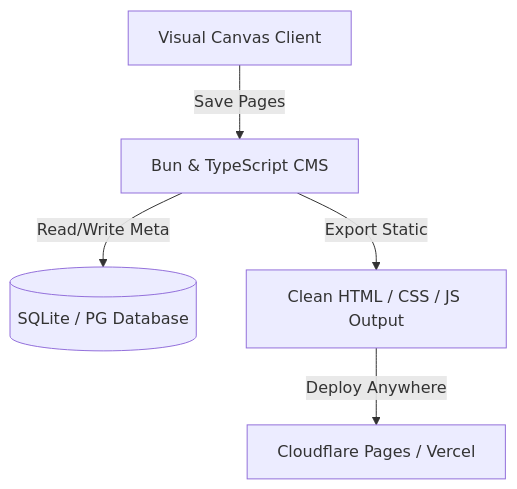
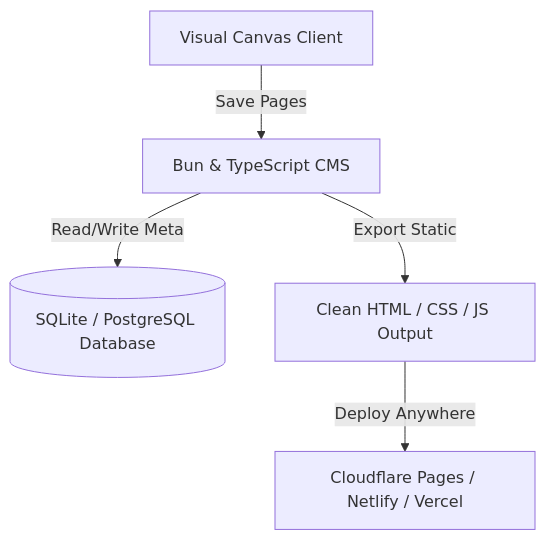
The diagram in src/content/news/instatic-open-source-release.md (jaswanthsai7/Nadhebe), drawn with Mermaid before and after one commit. The commit also changed other lines of this file and 32 other files, not shown here.

Commit message:
docs: resolve configuration schema warnings and perform comprehensive factual corrections across all articles

````diff
--- a/src/content/news/instatic-open-source-release.md
+++ b/src/content/news/instatic-open-source-release.md
@@ -37,7 +39,7 @@
 ```mermaid
 graph TD
     Client[Visual Canvas Client] -->|Save Pages| BunServer[Bun & TypeScript CMS]
-    BunServer -->|Read/Write Meta| SQLite[(SQLite / PG Database)]
+    BunServer -->|Read/Write Meta| SQLite[(SQLite / PostgreSQL Database)]
     BunServer -->|Export Static| StaticFiles[Clean HTML / CSS / JS Output]
-    StaticFiles -->|Deploy Anywhere| EdgeCDN[Cloudflare Pages / Vercel]
+    StaticFiles -->|Deploy Anywhere| EdgeCDN[Cloudflare Pages / Netlify / Vercel]
 ```
````
